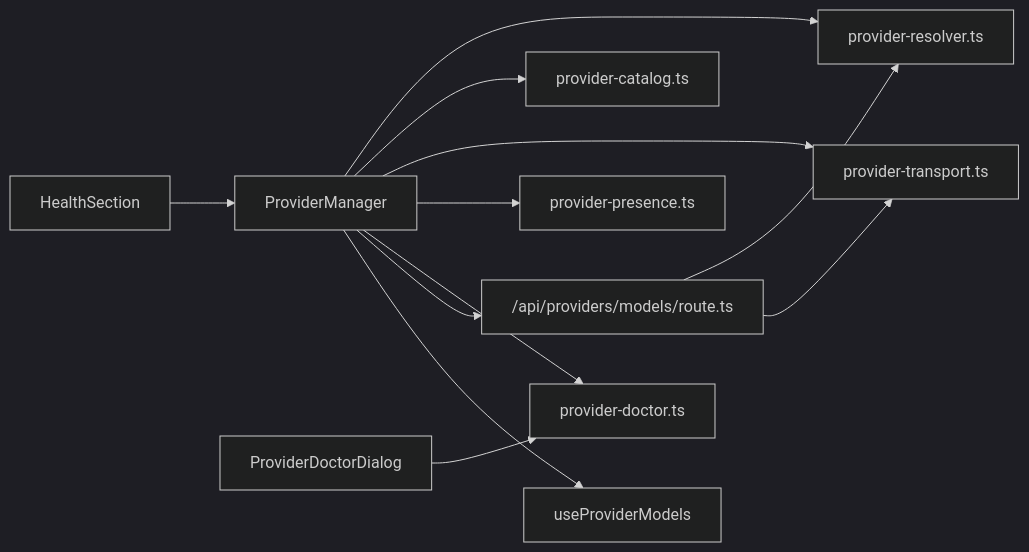
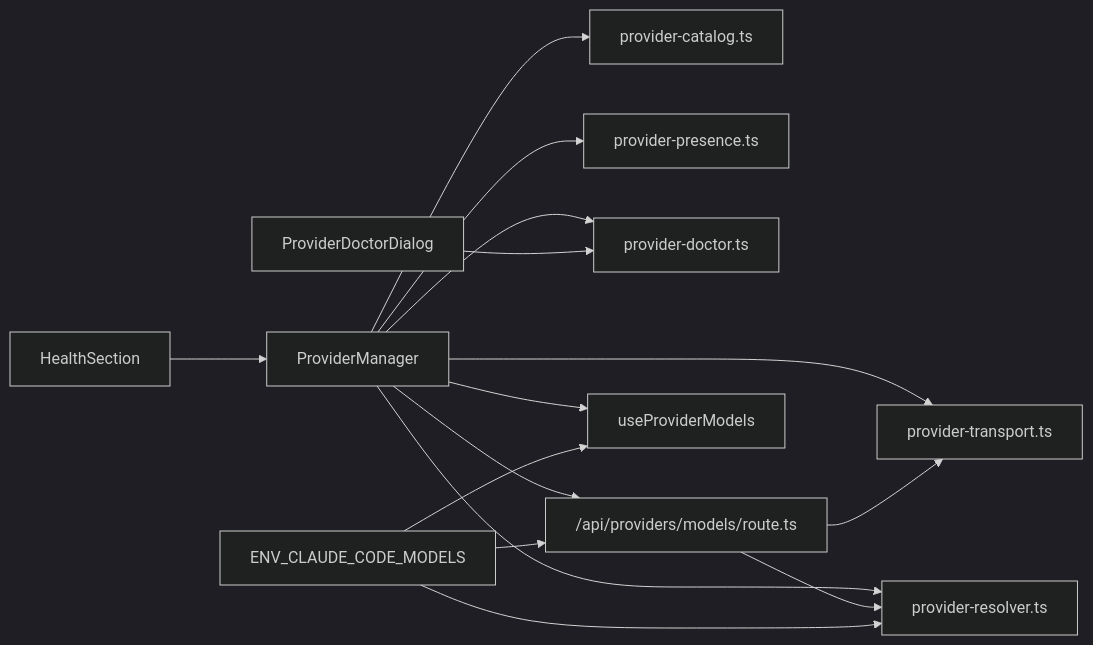
The sixth of 6 diagrams in .qoder/repowiki/zh/content/核心功能/设置管理系统/Provider 管理.md (haolange/CodePilot), drawn with Mermaid (dark theme) before and after one commit. The commit also changed other lines of this file and 8 other files, not shown here.

````diff
--- a/.qoder/repowiki/zh/content/核心功能/设置管理系统/Provider 管理.md
+++ b/.qoder/repowiki/zh/content/核心功能/设置管理系统/Provider 管理.md
@@ -310,14 +405,17 @@
 ```mermaid
 graph LR
 PM["ProviderManager"] --> PR["provider-resolver.ts"]
 PM --> PC["provider-catalog.ts"]
 PM --> PT["provider-transport.ts"]
 PM --> PP["provider-presence.ts"]
 PM --> PD["provider-doctor.ts"]
 PM --> API["/api/providers/models/route.ts"]
 PM --> UPM["useProviderModels"]
 PHD["ProviderDoctorDialog"] --> PD
 HS["HealthSection"] --> PM
 API --> PR
 API --> PT
+ECSM["ENV_CLAUDE_CODE_MODELS"] --> PR
+ECSM --> API
+ECSM --> UPM
 ```
````
